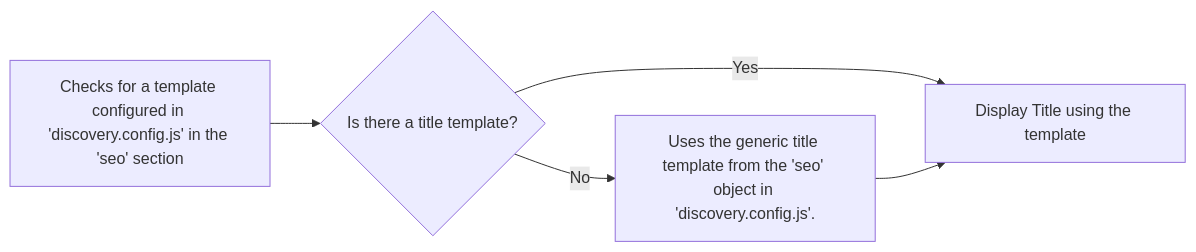
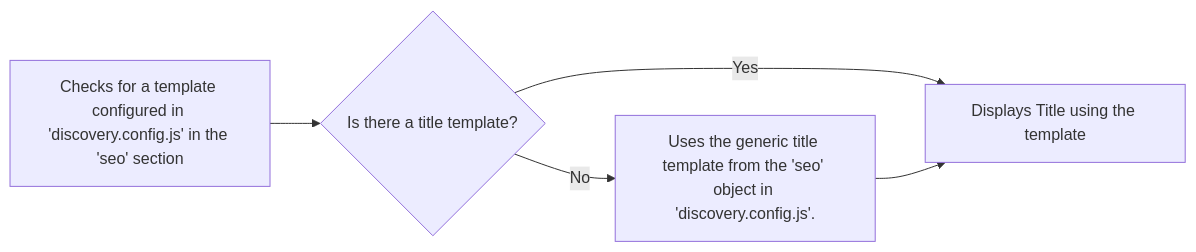
Before and after one commit to vtexdocs/dev-portal-content: the second of 3 diagrams in docs/faststore/docs/managing-performance/managing-lazy-loading-sections-on-plp.mdx, drawn with Mermaid. The commit also changed other lines of this file, not shown here.

````diff
--- a/docs/faststore/docs/managing-performance/managing-lazy-loading-sections-on-plp.mdx
+++ b/docs/faststore/docs/managing-performance/managing-lazy-loading-sections-on-plp.mdx
@@ -37,7 +37,7 @@
 ```mermaid
 graph LR
 A[Checks for a template configured in 'discovery.config.js' in the 'seo' section] --> B{Is there a title template?};
-B -- Yes --> C[Display Title using the template];
+B -- Yes --> C[Displays Title using the template];
 B -- No --> D[Uses the generic title template from the 'seo' object in 'discovery.config.js'.];
 D --> C;
 ```
````
